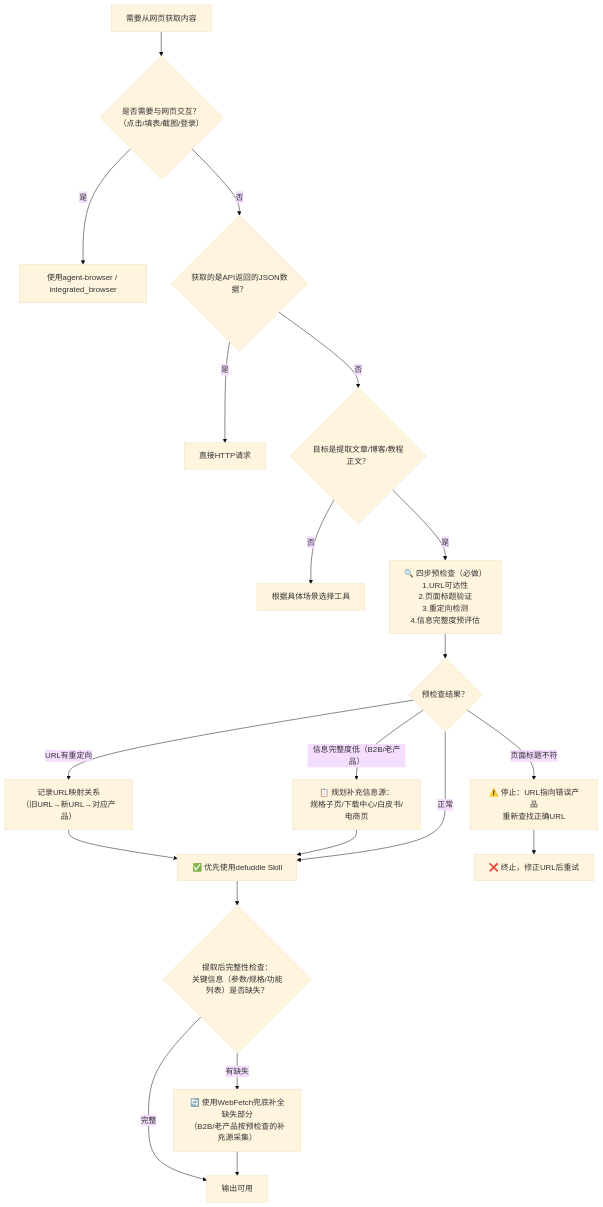
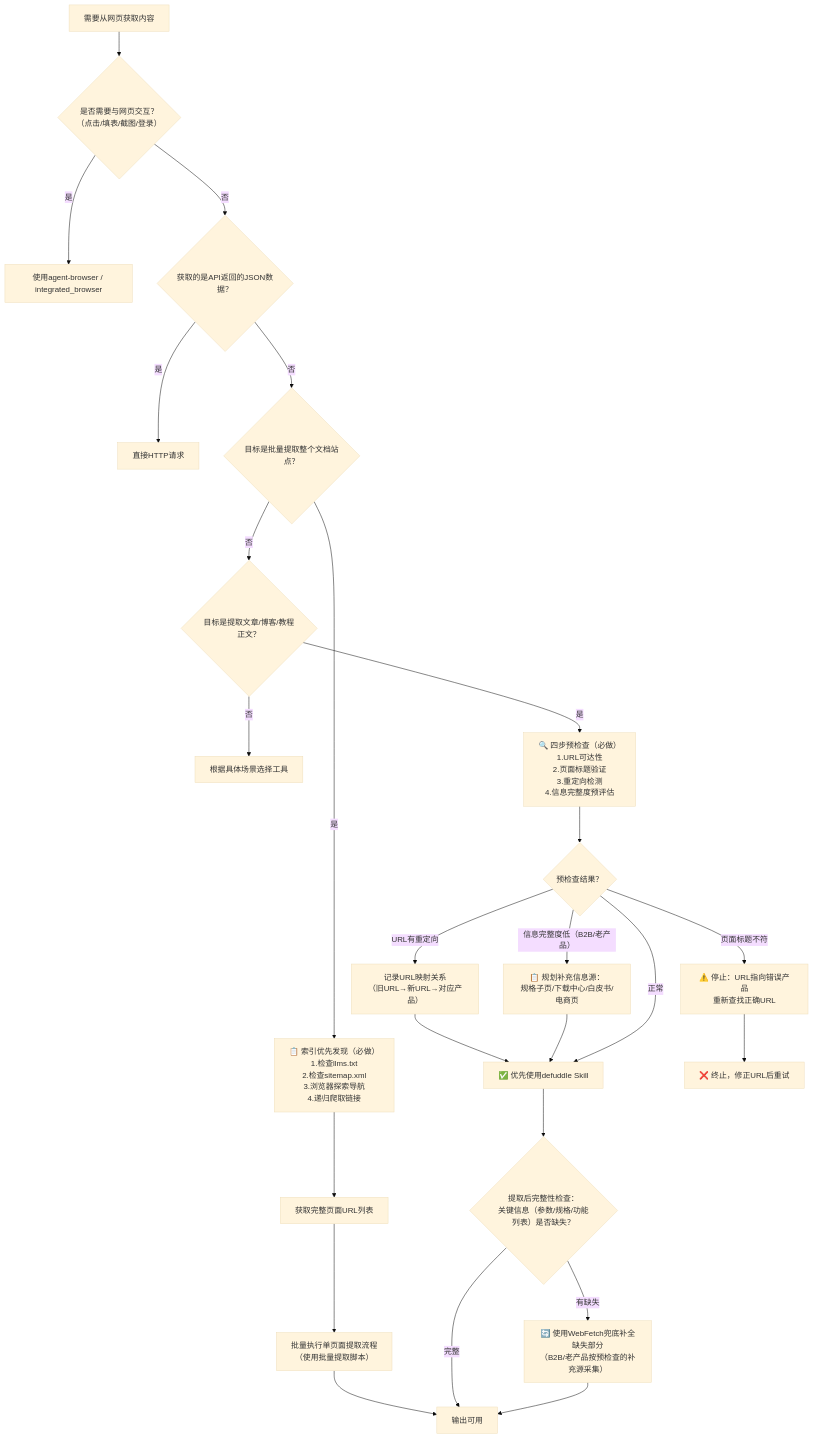
Before and after one commit to xinetzone/SpecWeave: the diagram in docs/retrospective/patterns/methodology-patterns/tools-automation/defuddle-web-extraction-preferred.md, drawn with Mermaid (base theme). The commit also changed other lines of this file and 2 other files, not shown here.

````diff
--- a/docs/retrospective/patterns/methodology-patterns/tools-automation/defuddle-web-extraction-preferred.md
+++ b/docs/retrospective/patterns/methodology-patterns/tools-automation/defuddle-web-extraction-preferred.md
@@ -69,22 +77,27 @@
 ```mermaid
 flowchart TD
     A["需要从网页获取内容"] --> B{"是否需要与网页交互？<br/>（点击/填表/截图/登录）"}
     B -->|"是"| C["使用agent-browser / integrated_browser"]
     B -->|"否"| D{"获取的是API返回的JSON数据？"}
     D -->|"是"| E["直接HTTP请求"]
-    D -->|"否"| F{"目标是提取文章/博客/教程正文？"}
-    F -->|"否"| H["根据具体场景选择工具"]
-    F -->|"是"| P0["🔍 四步预检查（必做）<br/>1.URL可达性<br/>2.页面标题验证<br/>3.重定向检测<br/>4.信息完整度预评估"]
+    D -->|"否"| F{"目标是批量提取整个文档站点？"}
+    F -->|"是"| IDX["📋 索引优先发现（必做）<br/>1.检查llms.txt<br/>2.检查sitemap.xml<br/>3.浏览器探索导航<br/>4.递归爬取链接"]
+    IDX --> IDX1["获取完整页面URL列表"]
+    IDX1 --> BATCH["批量执行单页面提取流程<br/>（使用批量提取脚本）"]
+    BATCH --> J
+    F -->|"否"| G{"目标是提取文章/博客/教程正文？"}
+    G -->|"否"| H["根据具体场景选择工具"]
+    G -->|"是"| P0["🔍 四步预检查（必做）<br/>1.URL可达性<br/>2.页面标题验证<br/>3.重定向检测<br/>4.信息完整度预评估"]
     P0 --> P1{"预检查结果？"}
     P1 -->|"URL有重定向"| P2["记录URL映射关系<br/>（旧URL→新URL→对应产品）"]
     P1 -->|"页面标题不符"| P3["⚠️ 停止：URL指向错误产品<br/>重新查找正确URL"]
     P1 -->|"信息完整度低（B2B/老产品）"| P4["📋 规划补充信息源：<br/>规格子页/下载中心/白皮书/电商页"]
-    P2 --> G
-    P4 --> G
-    P1 -->|"正常"| G["✅ 优先使用defuddle Skill"]
-    G --> I{"提取后完整性检查：<br/>关键信息（参数/规格/功能列表）是否缺失？"}
+    P2 --> SGL["✅ 优先使用defuddle Skill"]
+    P4 --> SGL
+    P1 -->|"正常"| SGL
+    SGL --> I{"提取后完整性检查：<br/>关键信息（参数/规格/功能列表）是否缺失？"}
     I -->|"完整"| J["输出可用"]
     I -->|"有缺失"| K["🔄 使用WebFetch兜底补全缺失部分<br/>（B2B/老产品按预检查的补充源采集）"]
     K --> J
     P3 --> Z["❌ 终止，修正URL后重试"]
 ```
````
